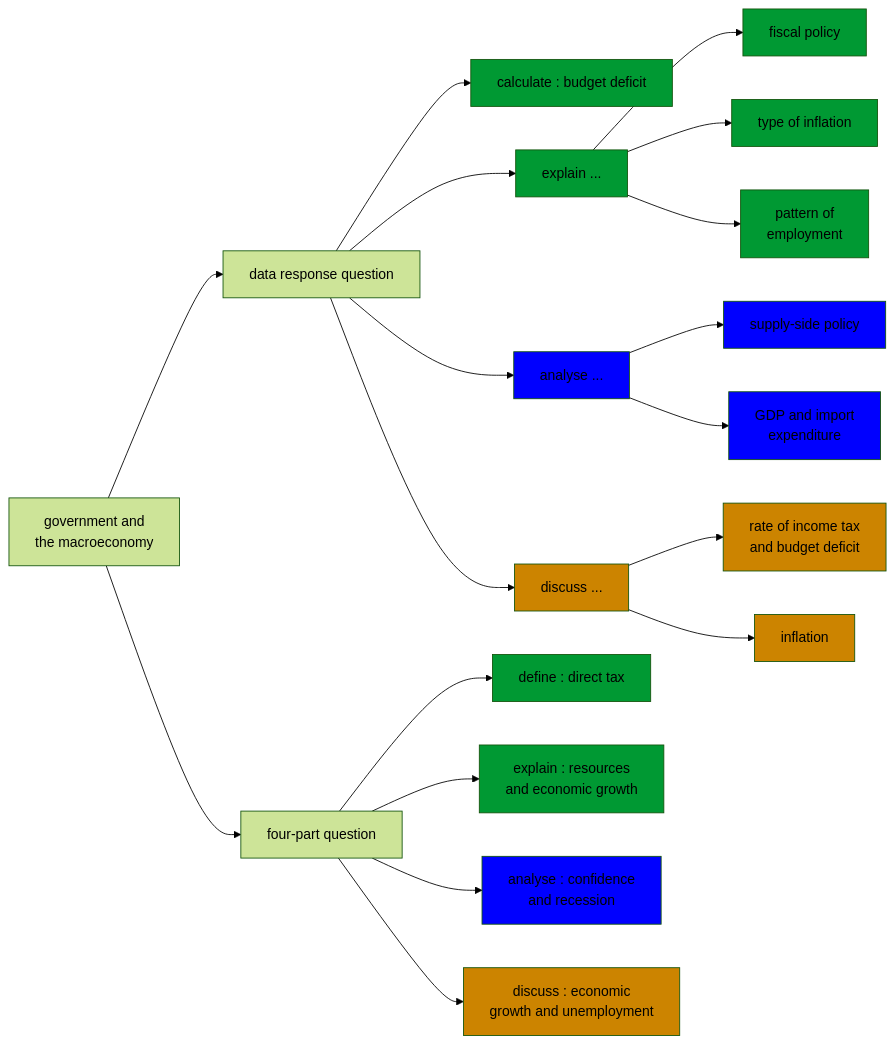
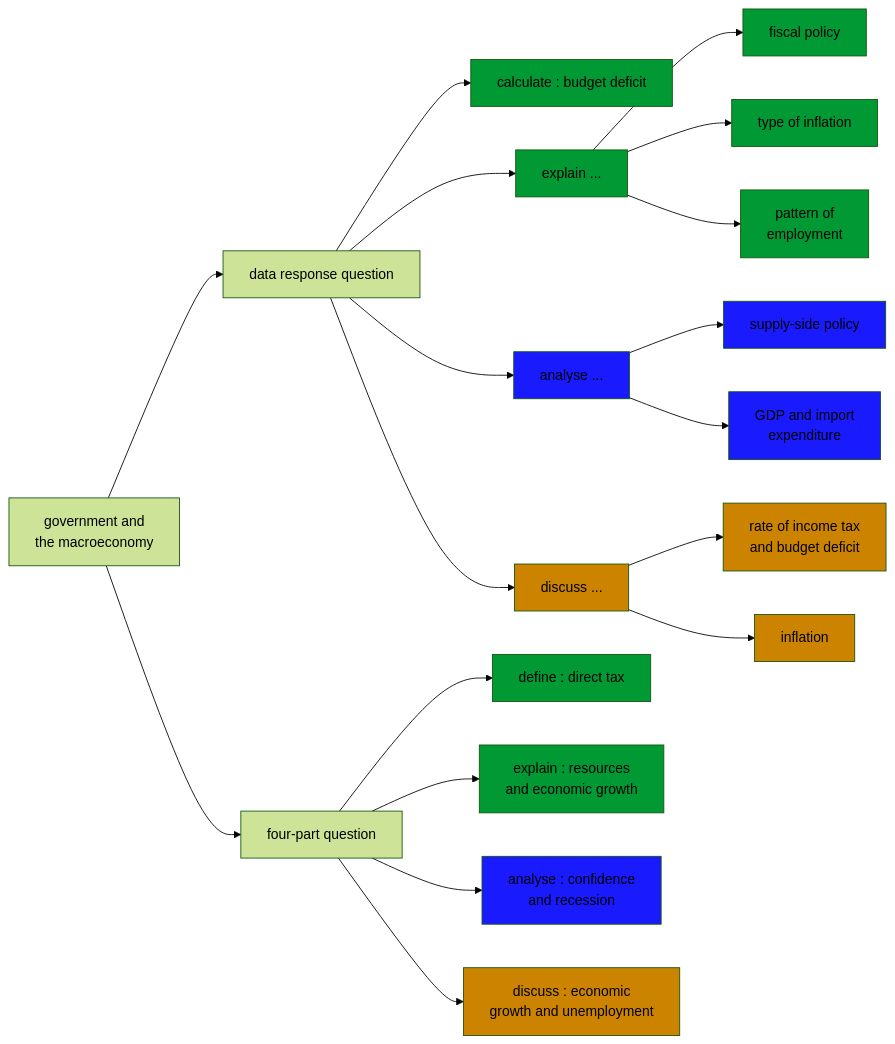
The first of 9 diagrams in docs/media/mermaid/3iec-econ-drq-ch31.md (econmediadb/slides), drawn with Mermaid (forest theme) before and after one commit. The commit also changed other lines of this file and 1 other file, not shown here.

Commit message:
update lighter shade of blue

````diff
--- a/docs/media/mermaid/3iec-econ-drq-ch31.md
+++ b/docs/media/mermaid/3iec-econ-drq-ch31.md
@@ -9,50 +9,50 @@
 ```mermaid
 graph LR;
     A[government and <br> the macroeconomy] 
     A --> A3[data response question]
     A --> A4[four-part question]
 
     A3 --> A32[calculate : budget deficit]
     A3 --> A33[explain ...]
     A3 --> A34[analyse ...]
     A3 --> A35[discuss ...]
 
     A33 --> A331[fiscal policy]
     A33 --> A332[type of inflation]
     A33 --> A333[pattern of <br> employment]
 
     A34 --> A341[supply-side policy]
     A34 --> A342[GDP and import <br> expenditure]
 
     A35 --> A351[rate of income tax <br> and budget deficit]
     A35 --> A352[inflation]
 
     A4 --> A41[define : direct tax]
     A4 --> A43[explain : resources <br> and economic growth]
     A4 --> A44[analyse : confidence <br> and recession]
     A4 --> A45[discuss : economic <br> growth and unemployment]
 
     style A32 fill:#009933
     style A33 fill:#009933
 
     style A331 fill:#009933
     style A332 fill:#009933
     style A333 fill:#009933
 
-    style A34 fill:#0000FF
+    style A34 fill:#1A1AFF
 
-    style A341 fill:#0000FF
-    style A342 fill:#0000FF
+    style A341 fill:#1A1AFF
+    style A342 fill:#1A1AFF
 
     style A35 fill:#CC8400
 
     style A351 fill:#CC8400
     style A352 fill:#CC8400
 
     style A41 fill:#009933
     style A43 fill:#009933    
 
-    style A44 fill:#0000FF
+    style A44 fill:#1A1AFF
 
     style A45 fill:#CC8400    
 ```
````
